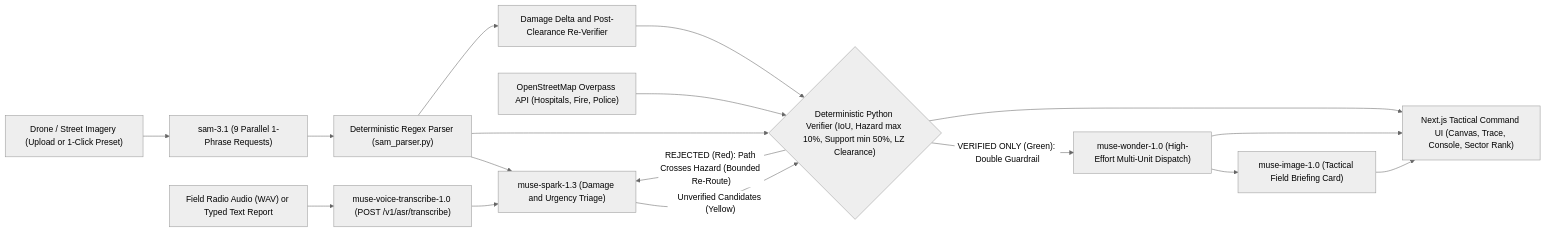
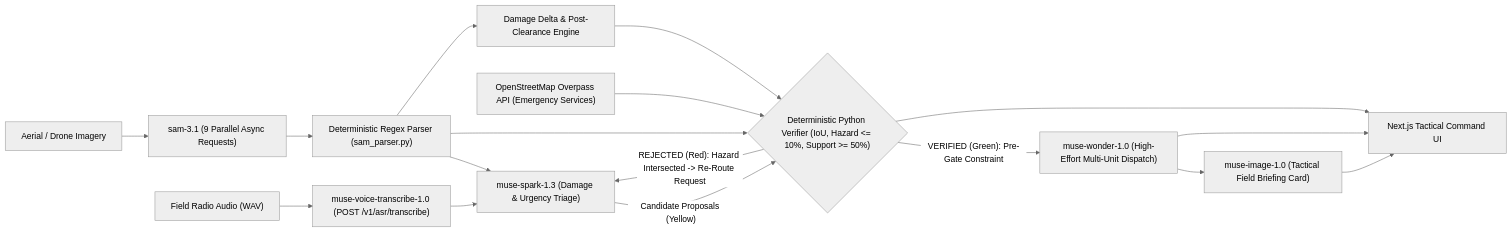
One commit to Sameer769dev/CrisisGrid changed the first of 2 diagrams in README.md. Above: the diagram before and after it, drawn with Mermaid (neutral theme). The commit also changed other lines of this file and 2 other files, not shown here.

Commit message:
docs: streamline README and SECURITY policy to professional open-source standard

````diff
--- a/README.md
+++ b/README.md
@@ -126,19 +43,19 @@
 ```mermaid
 flowchart LR
-    A["Drone / Street Imagery (Upload or 1-Click Preset)"] --> B["sam-3.1 (9 Parallel 1-Phrase Requests)"]
-    R["Field Radio Audio (WAV) or Typed Text Report"] --> T["muse-voice-transcribe-1.0 (POST /v1/asr/transcribe)"]
-    T --> S["muse-spark-1.3 (Damage and Urgency Triage)"]
+    A["Aerial / Drone Imagery"] --> B["sam-3.1 (9 Parallel Async Requests)"]
+    R["Field Radio Audio (WAV)"] --> T["muse-voice-transcribe-1.0 (POST /v1/asr/transcribe)"]
+    T --> S["muse-spark-1.3 (Damage & Urgency Triage)"]
     B --> P["Deterministic Regex Parser (sam_parser.py)"]
     P --> S
-    P --> V{"Deterministic Python Verifier (IoU, Hazard max 10%, Support min 50%, LZ Clearance)"}
-    S -- "Unverified Candidates (Yellow)" --> V
-    O["OpenStreetMap Overpass API (Hospitals, Fire, Police)"] --> V
-    V -- "REJECTED (Red): Path Crosses Hazard (Bounded Re-Route)" --> S
-    V -- "VERIFIED ONLY (Green): Double Guardrail" --> W["muse-wonder-1.0 (High-Effort Multi-Unit Dispatch)"]
+    P --> V{"Deterministic Python Verifier (IoU, Hazard <= 10%, Support >= 50%)"}
+    S -- "Candidate Proposals (Yellow)" --> V
+    O["OpenStreetMap Overpass API (Emergency Services)"] --> V
+    V -- "REJECTED (Red): Hazard Intersected -> Re-Route Request" --> S
+    V -- "VERIFIED (Green): Pre-Gate Constraint" --> W["muse-wonder-1.0 (High-Effort Multi-Unit Dispatch)"]
     W --> I["muse-image-1.0 (Tactical Field Briefing Card)"]
-    P --> D["Damage Delta and Post-Clearance Re-Verifier"]
+    P --> D["Damage Delta & Post-Clearance Engine"]
     D --> V
-    V --> UI["Next.js Tactical Command UI (Canvas, Trace, Console, Sector Rank)"]
+    V --> UI["Next.js Tactical Command UI"]
     W --> UI
     I --> UI
 ```
````
